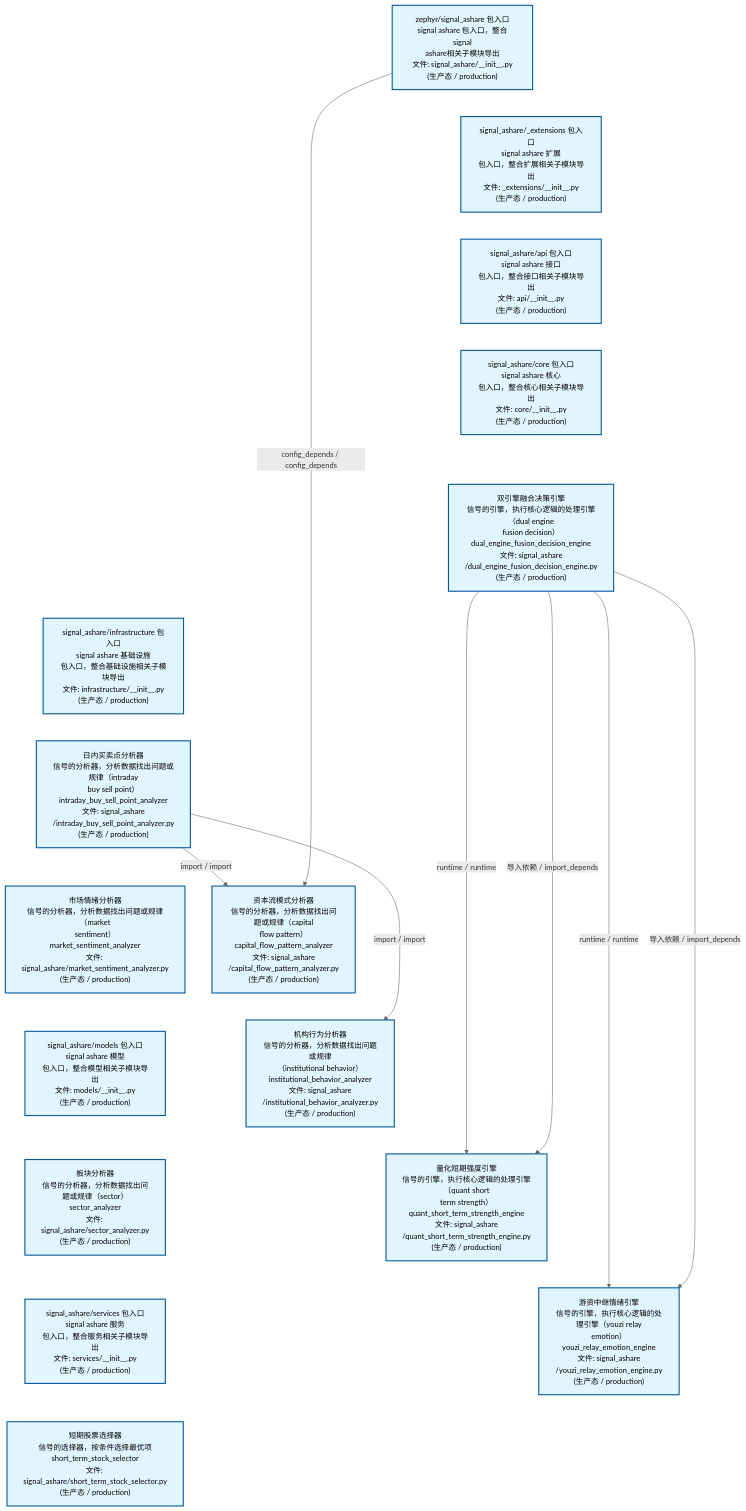
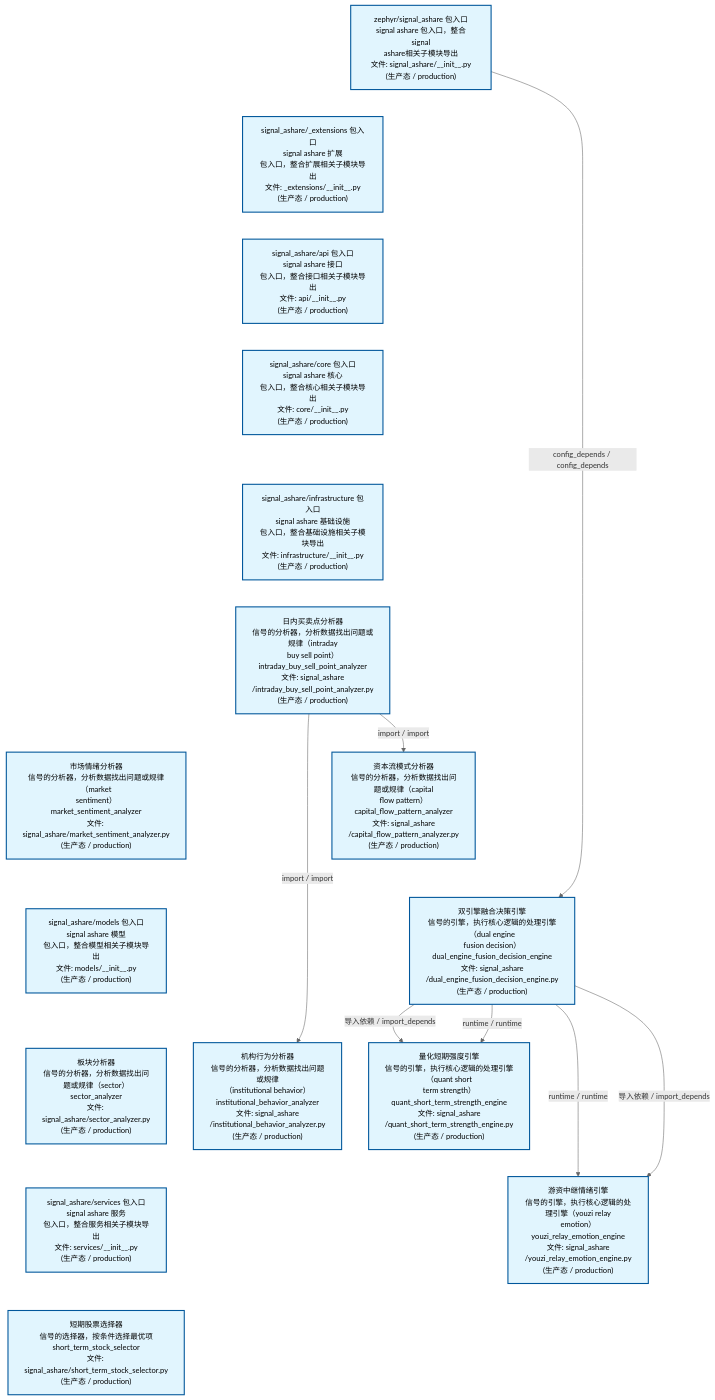
One commit to xuanFelixVan/ZephyrAlpha changed the second of 4 diagrams in docs/02_enterprise_architecture/02_domain_architecture_docs/32_d_ashare_signal.md. Above: the diagram before and after it, drawn with Mermaid. The commit also changed other lines of this file and 53 other files, not shown here.

````diff
--- a/docs/02_enterprise_architecture/02_domain_architecture_docs/32_d_ashare_signal.md
+++ b/docs/02_enterprise_architecture/02_domain_architecture_docs/32_d_ashare_signal.md
@@ -112,46 +111,45 @@
 ```mermaid
 %%{init: {'theme': 'base', 'themeVariables': {'primaryColor': '#eaeaea', 'primaryTextColor': '#333333', 'primaryBorderColor': '#666666', 'lineColor': '#666666', 'secondaryColor': '#eaeaea', 'tertiaryColor': '#eaeaea', 'fontSize': '14px'}}}%%
 flowchart TD
     src_zephyr_signal_ashare_init_py["zephyr/signal_ashare 包入口<br/>signal ashare 包入口，整合signal<br/>ashare相关子模块导出<br/>文件: signal_ashare/__init__.py<br/>(生产态 / production)"]
     src_zephyr_signal_ashare_extensions_init_py["signal_ashare/_extensions 包入口<br/>signal ashare 扩展<br/>包入口，整合扩展相关子模块导出<br/>文件: _extensions/__init__.py<br/>(生产态 / production)"]
     src_zephyr_signal_ashare_api_init_py["signal_ashare/api 包入口<br/>signal ashare 接口<br/>包入口，整合接口相关子模块导出<br/>文件: api/__init__.py<br/>(生产态 / production)"]
     src_zephyr_signal_ashare_core_init_py["signal_ashare/core 包入口<br/>signal ashare 核心<br/>包入口，整合核心相关子模块导出<br/>文件: core/__init__.py<br/>(生产态 / production)"]
-    src_zephyr_signal_ashare_dual_engine_fusion_decision_engine_py["双引擎融合决策引擎<br/>信号的引擎，执行核心逻辑的处理引擎（dual engine<br/>fusion decision）<br/>dual_engine_fusion_decision_engine<br/>文件: signal_ashare<br/>/dual_engine_fusion_decision_engine.py<br/>(生产态 / production)"]
     src_zephyr_signal_ashare_infrastructure_init_py["signal_ashare/infrastructure 包入口<br/>signal ashare 基础设施<br/>包入口，整合基础设施相关子模块导出<br/>文件: infrastructure/__init__.py<br/>(生产态 / production)"]
     src_zephyr_signal_ashare_intraday_buy_sell_point_analyzer_py["日内买卖点分析器<br/>信号的分析器，分析数据找出问题或规律（intraday<br/>buy sell point）<br/>intraday_buy_sell_point_analyzer<br/>文件: signal_ashare<br/>/intraday_buy_sell_point_analyzer.py<br/>(生产态 / production)"]
     src_zephyr_signal_ashare_market_sentiment_analyzer_py["市场情绪分析器<br/>信号的分析器，分析数据找出问题或规律（market<br/>sentiment）<br/>market_sentiment_analyzer<br/>文件: signal_ashare/market_sentiment_analyzer.py<br/>(生产态 / production)"]
     src_zephyr_signal_ashare_models_init_py["signal_ashare/models 包入口<br/>signal ashare 模型<br/>包入口，整合模型相关子模块导出<br/>文件: models/__init__.py<br/>(生产态 / production)"]
     src_zephyr_signal_ashare_sector_analyzer_py["板块分析器<br/>信号的分析器，分析数据找出问题或规律（sector）<br/>sector_analyzer<br/>文件: signal_ashare/sector_analyzer.py<br/>(生产态 / production)"]
     src_zephyr_signal_ashare_services_init_py["signal_ashare/services 包入口<br/>signal ashare 服务<br/>包入口，整合服务相关子模块导出<br/>文件: services/__init__.py<br/>(生产态 / production)"]
     src_zephyr_signal_ashare_short_term_stock_selector_py["短期股票选择器<br/>信号的选择器，按条件选择最优项<br/>short_term_stock_selector<br/>文件: signal_ashare/short_term_stock_selector.py<br/>(生产态 / production)"]
     src_zephyr_signal_ashare_init_py ~~~ src_zephyr_signal_ashare_extensions_init_py
     src_zephyr_signal_ashare_extensions_init_py ~~~ src_zephyr_signal_ashare_api_init_py
     src_zephyr_signal_ashare_api_init_py ~~~ src_zephyr_signal_ashare_core_init_py
-    src_zephyr_signal_ashare_core_init_py ~~~ src_zephyr_signal_ashare_dual_engine_fusion_decision_engine_py
-    src_zephyr_signal_ashare_dual_engine_fusion_decision_engine_py ~~~ src_zephyr_signal_ashare_infrastructure_init_py
+    src_zephyr_signal_ashare_core_init_py ~~~ src_zephyr_signal_ashare_infrastructure_init_py
     src_zephyr_signal_ashare_infrastructure_init_py ~~~ src_zephyr_signal_ashare_intraday_buy_sell_point_analyzer_py
     src_zephyr_signal_ashare_intraday_buy_sell_point_analyzer_py ~~~ src_zephyr_signal_ashare_market_sentiment_analyzer_py
     src_zephyr_signal_ashare_market_sentiment_analyzer_py ~~~ src_zephyr_signal_ashare_models_init_py
     src_zephyr_signal_ashare_models_init_py ~~~ src_zephyr_signal_ashare_sector_analyzer_py
     src_zephyr_signal_ashare_sector_analyzer_py ~~~ src_zephyr_signal_ashare_services_init_py
     src_zephyr_signal_ashare_services_init_py ~~~ src_zephyr_signal_ashare_short_term_stock_selector_py
     src_zephyr_signal_ashare_capital_flow_pattern_analyzer_py["资本流模式分析器<br/>信号的分析器，分析数据找出问题或规律（capital<br/>flow pattern）<br/>capital_flow_pattern_analyzer<br/>文件: signal_ashare<br/>/capital_flow_pattern_analyzer.py<br/>(生产态 / production)"]
+    src_zephyr_signal_ashare_dual_engine_fusion_decision_engine_py["双引擎融合决策引擎<br/>信号的引擎，执行核心逻辑的处理引擎（dual engine<br/>fusion decision）<br/>dual_engine_fusion_decision_engine<br/>文件: signal_ashare<br/>/dual_engine_fusion_decision_engine.py<br/>(生产态 / production)"]
     src_zephyr_signal_ashare_institutional_behavior_analyzer_py["机构行为分析器<br/>信号的分析器，分析数据找出问题或规律<br/>（institutional behavior）<br/>institutional_behavior_analyzer<br/>文件: signal_ashare<br/>/institutional_behavior_analyzer.py<br/>(生产态 / production)"]
+    src_zephyr_signal_ashare_capital_flow_pattern_analyzer_py ~~~ src_zephyr_signal_ashare_dual_engine_fusion_decision_engine_py
+    src_zephyr_signal_ashare_dual_engine_fusion_decision_engine_py ~~~ src_zephyr_signal_ashare_institutional_behavior_analyzer_py
     src_zephyr_signal_ashare_quant_short_term_strength_engine_py["量化短期强度引擎<br/>信号的引擎，执行核心逻辑的处理引擎（quant short<br/>term strength）<br/>quant_short_term_strength_engine<br/>文件: signal_ashare<br/>/quant_short_term_strength_engine.py<br/>(生产态 / production)"]
     src_zephyr_signal_ashare_youzi_relay_emotion_engine_py["游资中继情绪引擎<br/>信号的引擎，执行核心逻辑的处理引擎（youzi relay<br/>emotion）<br/>youzi_relay_emotion_engine<br/>文件: signal_ashare<br/>/youzi_relay_emotion_engine.py<br/>(生产态 / production)"]
-    src_zephyr_signal_ashare_capital_flow_pattern_analyzer_py ~~~ src_zephyr_signal_ashare_institutional_behavior_analyzer_py
-    src_zephyr_signal_ashare_institutional_behavior_analyzer_py ~~~ src_zephyr_signal_ashare_quant_short_term_strength_engine_py
     src_zephyr_signal_ashare_quant_short_term_strength_engine_py ~~~ src_zephyr_signal_ashare_youzi_relay_emotion_engine_py
+    src_zephyr_signal_ashare_dual_engine_fusion_decision_engine_py -->|runtime / runtime| src_zephyr_signal_ashare_youzi_relay_emotion_engine_py
+    src_zephyr_signal_ashare_dual_engine_fusion_decision_engine_py -->|导入依赖 / import_depends| src_zephyr_signal_ashare_youzi_relay_emotion_engine_py
+    src_zephyr_signal_ashare_dual_engine_fusion_decision_engine_py -->|导入依赖 / import_depends| src_zephyr_signal_ashare_quant_short_term_strength_engine_py
+    src_zephyr_signal_ashare_dual_engine_fusion_decision_engine_py -->|runtime / runtime| src_zephyr_signal_ashare_quant_short_term_strength_engine_py
     src_zephyr_signal_ashare_intraday_buy_sell_point_analyzer_py -->|import / import| src_zephyr_signal_ashare_capital_flow_pattern_analyzer_py
     src_zephyr_signal_ashare_intraday_buy_sell_point_analyzer_py -->|import / import| src_zephyr_signal_ashare_institutional_behavior_analyzer_py
-    src_zephyr_signal_ashare_dual_engine_fusion_decision_engine_py -->|runtime / runtime| src_zephyr_signal_ashare_quant_short_term_strength_engine_py
-    src_zephyr_signal_ashare_dual_engine_fusion_decision_engine_py -->|导入依赖 / import_depends| src_zephyr_signal_ashare_quant_short_term_strength_engine_py
-    src_zephyr_signal_ashare_dual_engine_fusion_decision_engine_py -->|runtime / runtime| src_zephyr_signal_ashare_youzi_relay_emotion_engine_py
-    src_zephyr_signal_ashare_dual_engine_fusion_decision_engine_py -->|导入依赖 / import_depends| src_zephyr_signal_ashare_youzi_relay_emotion_engine_py
-    src_zephyr_signal_ashare_init_py -->|config_depends / config_depends| src_zephyr_signal_ashare_capital_flow_pattern_analyzer_py
+    src_zephyr_signal_ashare_init_py -->|config_depends / config_depends| src_zephyr_signal_ashare_dual_engine_fusion_decision_engine_py
     classDef production fill:#e1f5fe,stroke:#01579b,stroke-width:2px,color:#000
     classDef design fill:#fff3e0,stroke:#e65100,stroke-width:2px,color:#000,stroke-dasharray: 5 5
     classDef external_prod fill:#e8f4fd,stroke:#0277bd,stroke-width:1px,color:#000
     classDef external_design fill:#fff8e7,stroke:#ef6c00,stroke-width:1px,color:#000,stroke-dasharray: 5 5
     class src_zephyr_signal_ashare_init_py,src_zephyr_signal_ashare_extensions_init_py,src_zephyr_signal_ashare_api_init_py,src_zephyr_signal_ashare_capital_flow_pattern_analyzer_py,src_zephyr_signal_ashare_core_init_py,src_zephyr_signal_ashare_dual_engine_fusion_decision_engine_py,src_zephyr_signal_ashare_infrastructure_init_py,src_zephyr_signal_ashare_institutional_behavior_analyzer_py,src_zephyr_signal_ashare_intraday_buy_sell_point_analyzer_py,src_zephyr_signal_ashare_market_sentiment_analyzer_py,src_zephyr_signal_ashare_models_init_py,src_zephyr_signal_ashare_quant_short_term_strength_engine_py,src_zephyr_signal_ashare_sector_analyzer_py,src_zephyr_signal_ashare_services_init_py,src_zephyr_signal_ashare_short_term_stock_selector_py,src_zephyr_signal_ashare_youzi_relay_emotion_engine_py production
 ```
````
